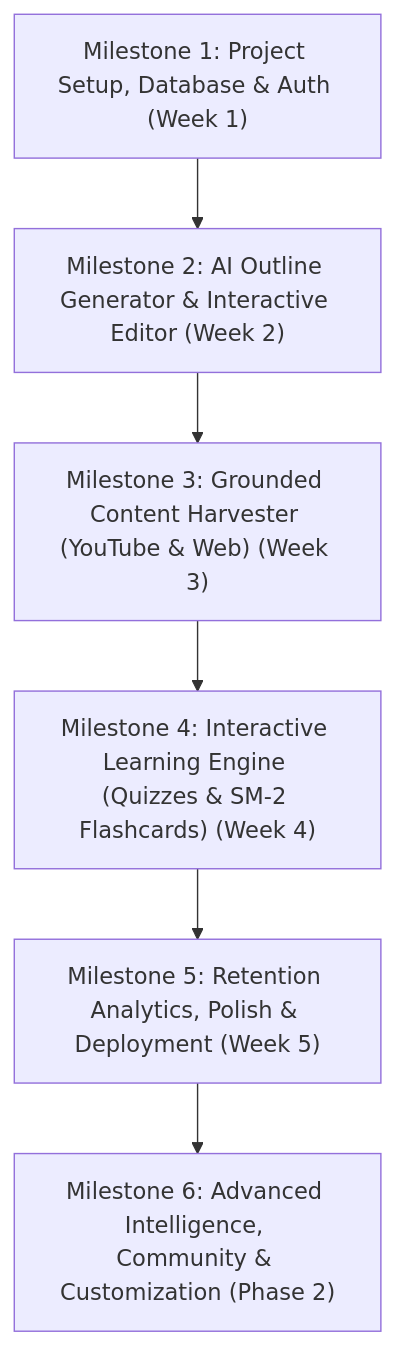
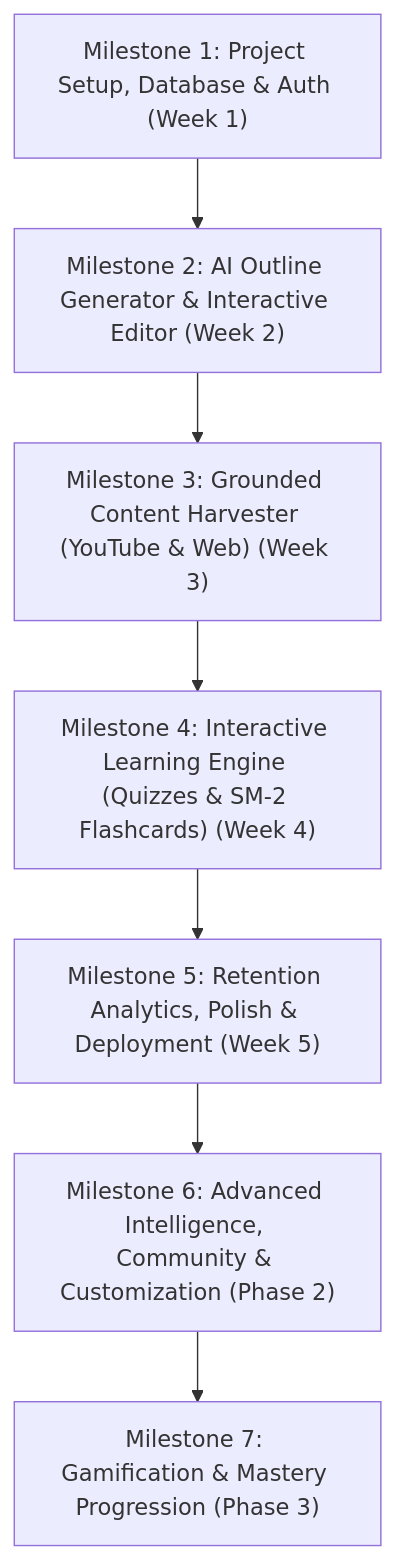
Before and after one commit to mdriyadmr968/LearnStratum: the diagram in PROJECT_PLAN.md, drawn with Mermaid. The commit also changed other lines of this file and 15 other files, not shown here.

````diff
--- a/PROJECT_PLAN.md
+++ b/PROJECT_PLAN.md
@@ -221,11 +221,12 @@
 ```mermaid
 flowchart TD
     M1["Milestone 1: Project Setup, Database & Auth (Week 1)"]
     M2["Milestone 2: AI Outline Generator & Interactive Editor (Week 2)"]
     M3["Milestone 3: Grounded Content Harvester (YouTube & Web) (Week 3)"]
     M4["Milestone 4: Interactive Learning Engine (Quizzes & SM-2 Flashcards) (Week 4)"]
     M5["Milestone 5: Retention Analytics, Polish & Deployment (Week 5)"]
     M6["Milestone 6: Advanced Intelligence, Community & Customization (Phase 2)"]
+    M7["Milestone 7: Gamification & Mastery Progression (Phase 3)"]
 
-    M1 --> M2 --> M3 --> M4 --> M5 --> M6
+    M1 --> M2 --> M3 --> M4 --> M5 --> M6 --> M7
 ```
````
